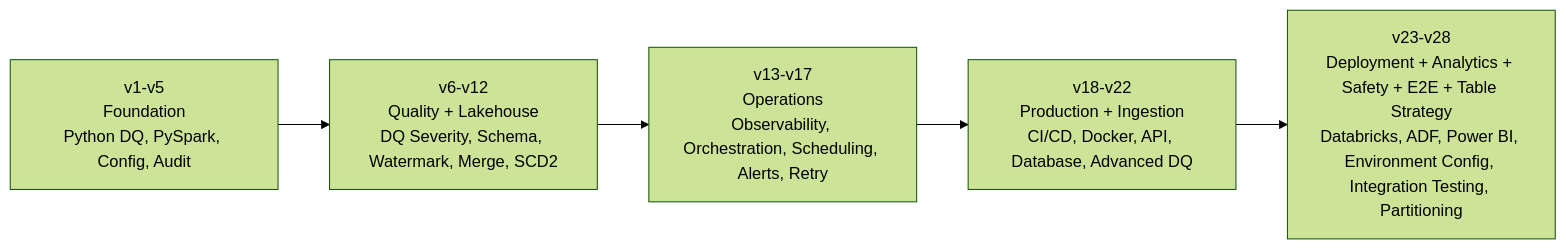
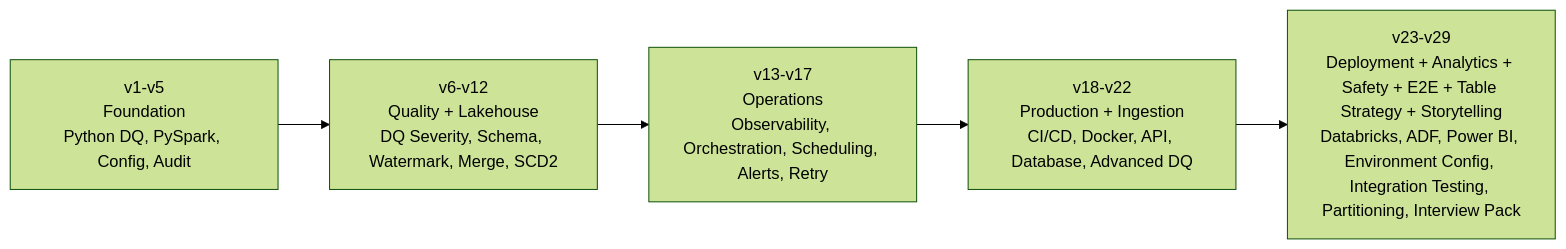
The second of 2 diagrams in README.md (Rohith-S-98/data-engineering-project), drawn with Mermaid (forest theme) before and after one commit. The commit also changed other lines of this file, not shown here.

Commit message:
update readme for v29 storytelling pack

````diff
--- a/README.md
+++ b/README.md
@@ -64,7 +65,7 @@
 ```mermaid
 flowchart LR
     A[v1-v5<br/>Foundation<br/>Python DQ, PySpark, Config, Audit] --> B[v6-v12<br/>Quality + Lakehouse<br/>DQ Severity, Schema, Watermark, Merge, SCD2]
     B --> C[v13-v17<br/>Operations<br/>Observability, Orchestration, Scheduling, Alerts, Retry]
     C --> D[v18-v22<br/>Production + Ingestion<br/>CI/CD, Docker, API, Database, Advanced DQ]
-    D --> E[v23-v28<br/>Deployment + Analytics + Safety + E2E + Table Strategy<br/>Databricks, ADF, Power BI, Environment Config, Integration Testing, Partitioning]
+    D --> E[v23-v29<br/>Deployment + Analytics + Safety + E2E + Table Strategy + Storytelling<br/>Databricks, ADF, Power BI, Environment Config, Integration Testing, Partitioning, Interview Pack]
 ```
````
